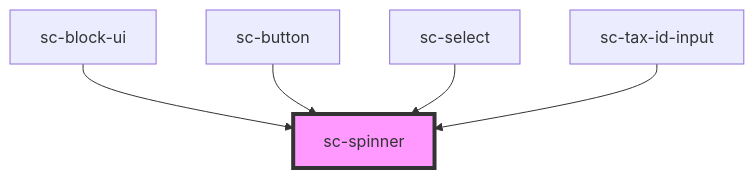
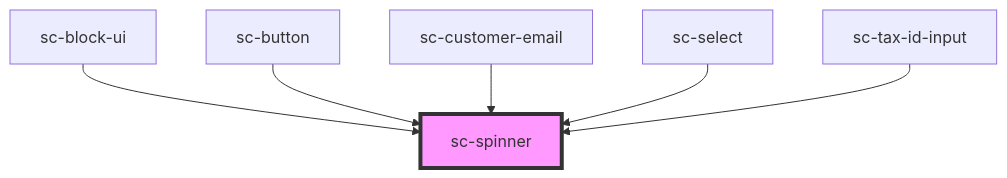
The diagram in packages/components/src/components/ui/spinner/readme.md (surecart/surecart-wp-plugin), drawn with Mermaid before and after one commit. The commit also changed other lines of this file and 12 other files, not shown here.

````diff
--- a/packages/components/src/components/ui/spinner/readme.md
+++ b/packages/components/src/components/ui/spinner/readme.md
@@ -32,8 +33,9 @@
 ```mermaid
 graph TD;
   sc-block-ui --> sc-spinner
   sc-button --> sc-spinner
+  sc-customer-email --> sc-spinner
   sc-select --> sc-spinner
   sc-tax-id-input --> sc-spinner
   style sc-spinner fill:#f9f,stroke:#333,stroke-width:4px
 ```
````
